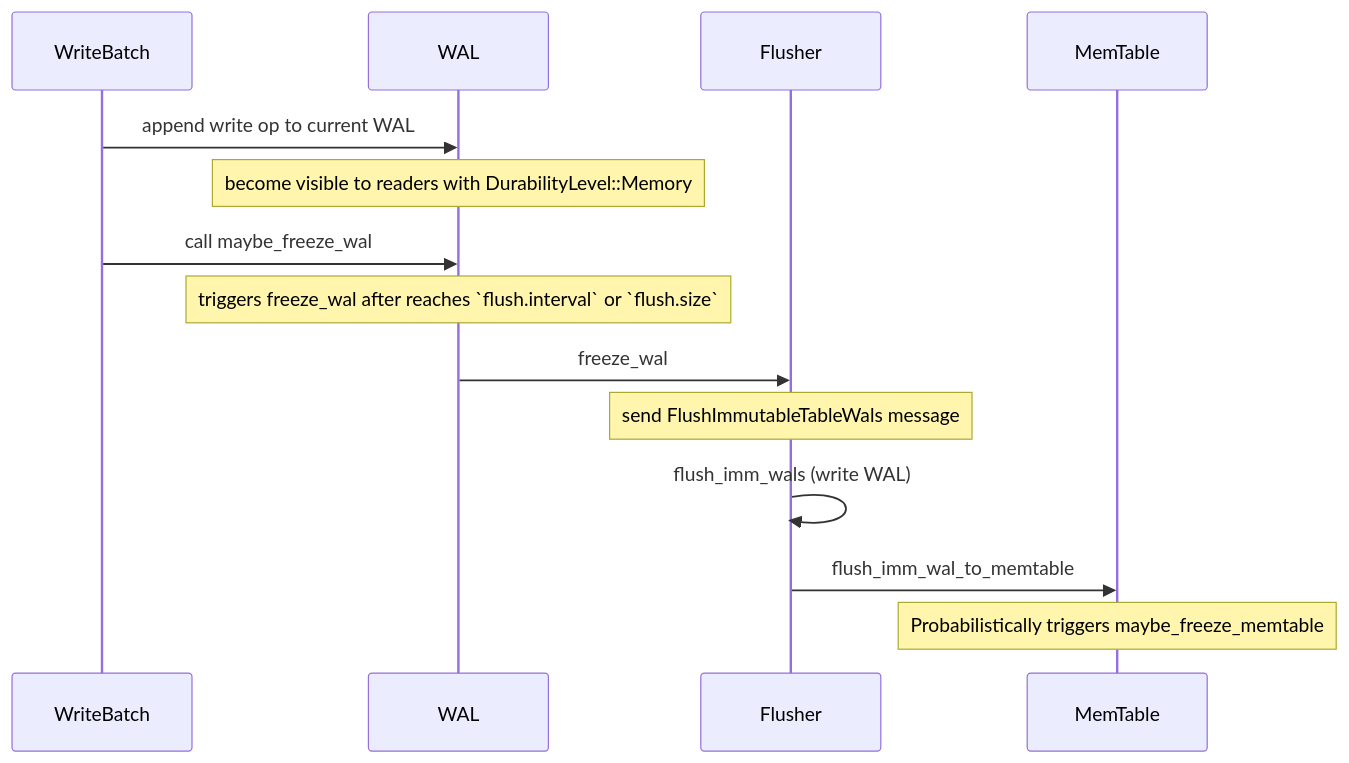
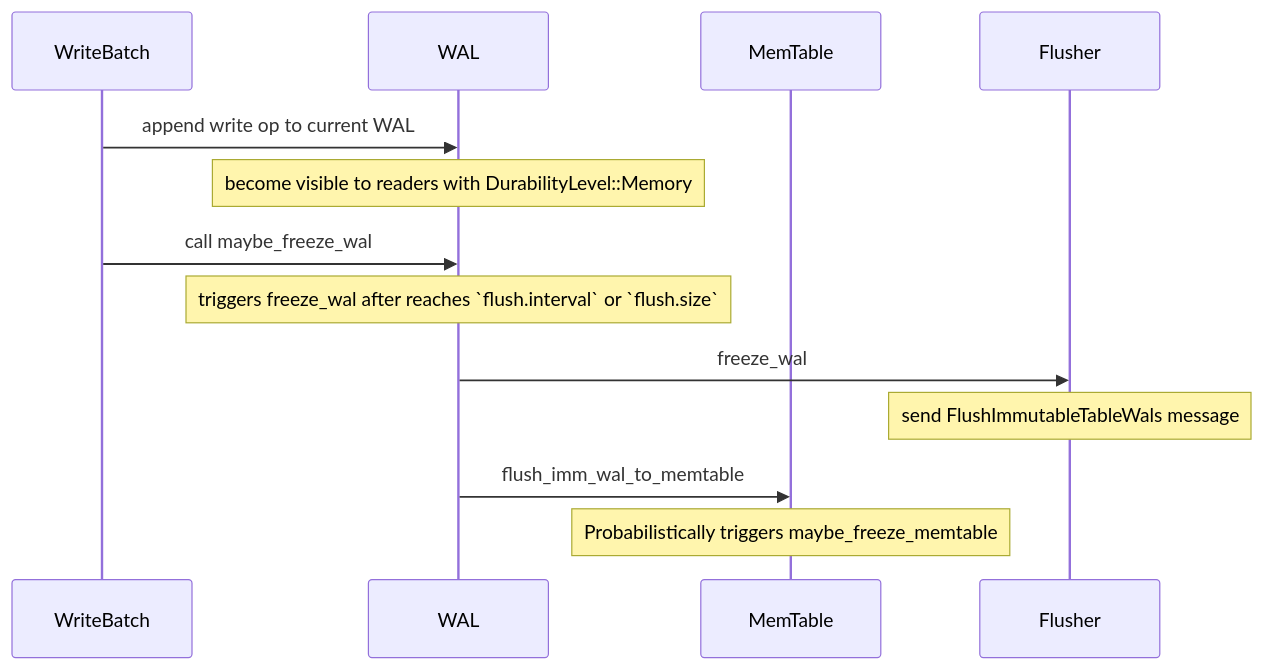
The second of 3 diagrams in rfcs/0007-synchronous-commit.md (slatedb/slatedb), drawn with Mermaid before and after one commit. The commit also changed other lines of this file, not shown here.

Commit message:
tune the diagram

````diff
--- a/rfcs/0007-synchronous-commit.md
+++ b/rfcs/0007-synchronous-commit.md
@@ -306,17 +306,16 @@
 ```mermaid
 sequenceDiagram
     participant WriteBatch
     participant WAL
+    participant MemTable
     participant Flusher
-    participant MemTable
 
     WriteBatch->>WAL: append write op to current WAL
     Note over WAL: become visible to readers with DurabilityLevel::Memory
     WriteBatch->>WAL: call maybe_freeze_wal
     Note over WAL: triggers freeze_wal after reaches `flush.interval` or `flush.size`
     WAL->>Flusher: freeze_wal
     Note over Flusher: send FlushImmutableTableWals message
-    Flusher->>Flusher: flush_imm_wals (write WAL)
-    Flusher->>MemTable: flush_imm_wal_to_memtable
+    WAL->>MemTable: flush_imm_wal_to_memtable
     Note over MemTable: Probabilistically triggers maybe_freeze_memtable
 ```
````
